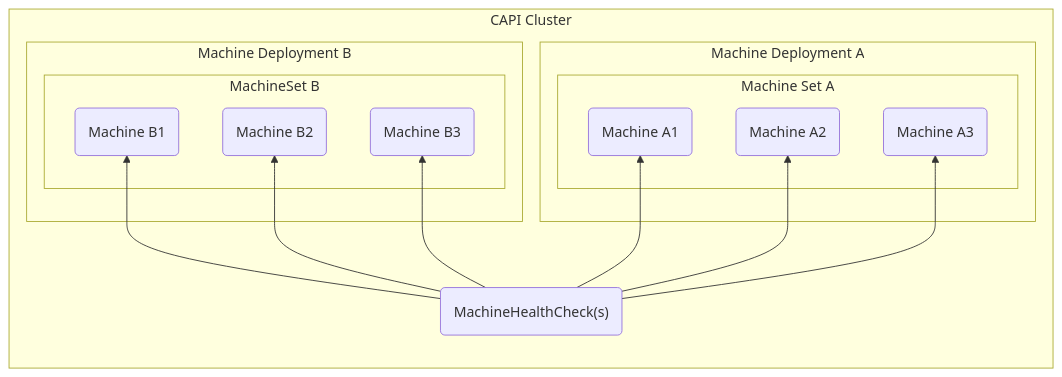
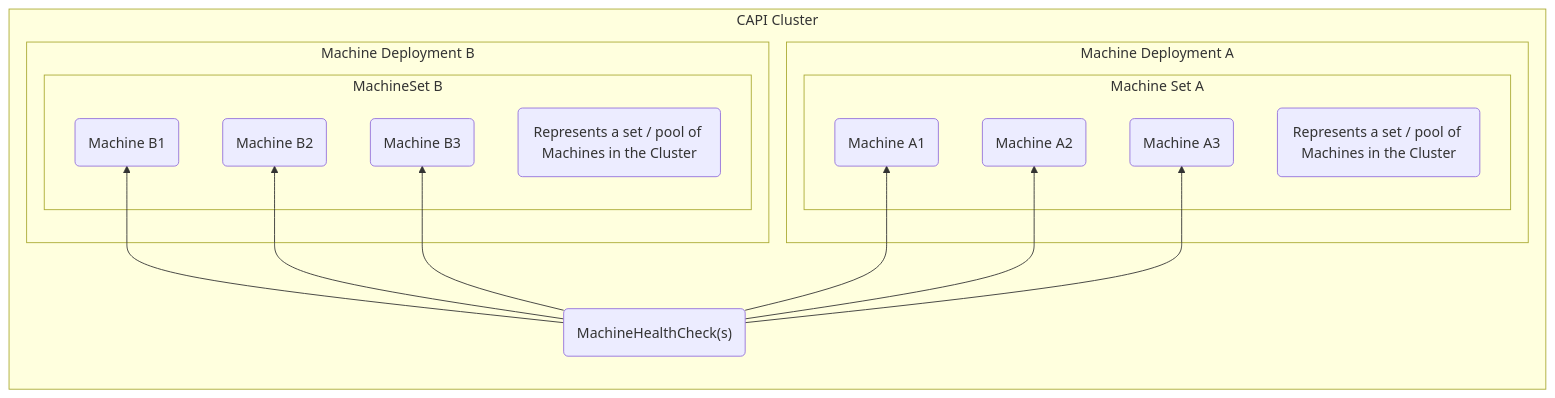
Before and after one commit to aiyengar2/k8s-docs: the first of 2 diagrams in docs/provisioning/00_capi.md, drawn with Mermaid.

````diff
--- a/docs/provisioning/00_capi.md
+++ b/docs/provisioning/00_capi.md
@@ -16,28 +16,31 @@
 ```mermaid
 graph TD
     subgraph CAPI Cluster
     direction BT
     subgraph Machine Deployment A
     subgraph Machine Set A
     MachineA1("Machine A1")
     MachineA2("Machine A2")
     MachineA3("Machine A3")
+    MachineSetDescriptionA("Represents a set / pool of Machines in the Cluster")
     end
     end
     subgraph Machine Deployment B
     subgraph MachineSet B
     MachineB1("Machine B1")
     MachineB2("Machine B2")
     MachineB3("Machine B3")
+    MachineSetDescriptionB("Represents a set / pool of Machines in the Cluster")
     end
+
     end
     MachineHealthCheck("MachineHealthCheck(s)")
     end
 
     MachineHealthCheck-->MachineA1
     MachineHealthCheck-->MachineA2
     MachineHealthCheck-->MachineA3
     MachineHealthCheck-->MachineB1
     MachineHealthCheck-->MachineB2
     MachineHealthCheck-->MachineB3
 ```
````
